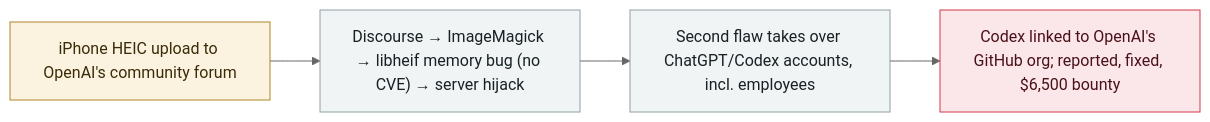
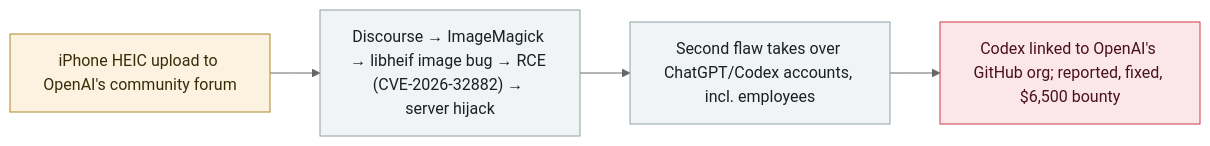
One commit to Continuum-AI-Corp/Orca-AI-Incident-Archive changed the diagram in incidents/2026-09/2026-09-18-hacktron-claude-openai-hack.md. Above: the diagram before and after it, drawn with Mermaid (neutral theme). The commit also changed other lines of this file and 21 other files, not shown here.

````diff
--- a/incidents/2026-09/2026-09-18-hacktron-claude-openai-hack.md
+++ b/incidents/2026-09/2026-09-18-hacktron-claude-openai-hack.md
@@ -69,11 +75,11 @@
 ```mermaid
 flowchart LR
     E["iPhone HEIC upload to OpenAI's community forum"]:::entry
-    S0["Discourse → ImageMagick → libheif memory bug (no CVE) → server hijack"]:::step
+    S0["Discourse → ImageMagick → libheif image bug → RCE (CVE-2026-32882) → server hijack"]:::step
     S1["Second flaw takes over ChatGPT/Codex accounts, incl. employees"]:::step
     I["Codex linked to OpenAI's GitHub org; reported, fixed, $6,500 bounty"]:::impact
     E --> S0 --> S1 --> I
     classDef entry  fill:#FBF3E0,stroke:#B08528,stroke-width:1px,color:#3A2C08;
     classDef step   fill:#F1F4F5,stroke:#8FA0A6,stroke-width:1px,color:#182124;
     classDef impact fill:#FBE7E9,stroke:#D1394B,stroke-width:1px,color:#4A1119;
 ```
````
